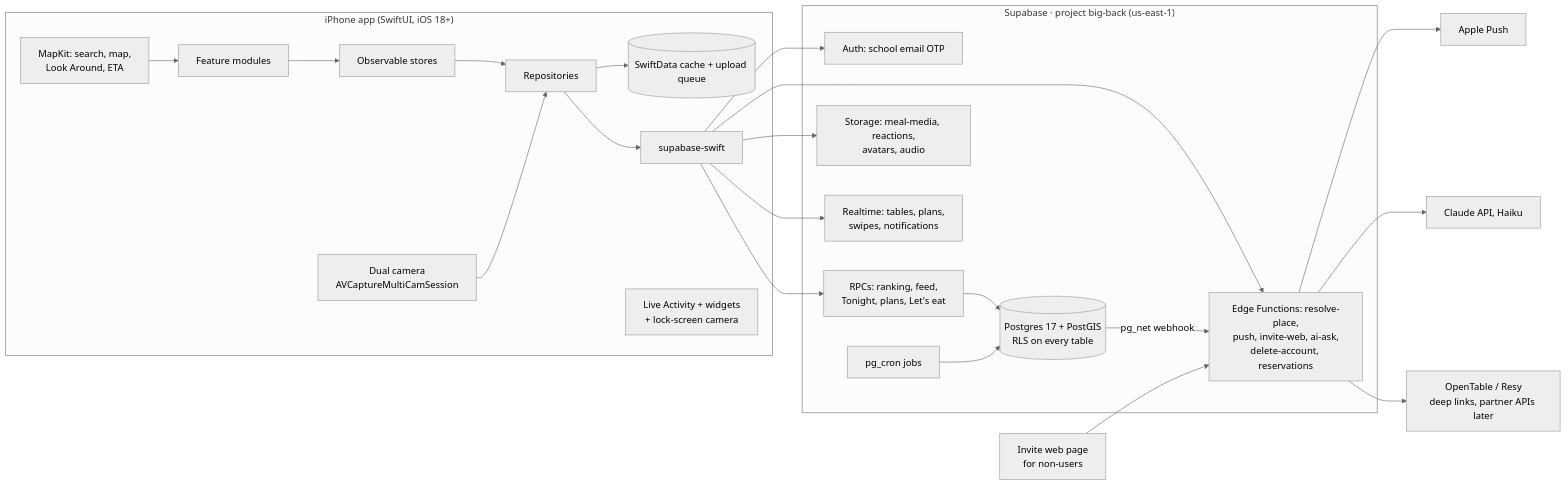
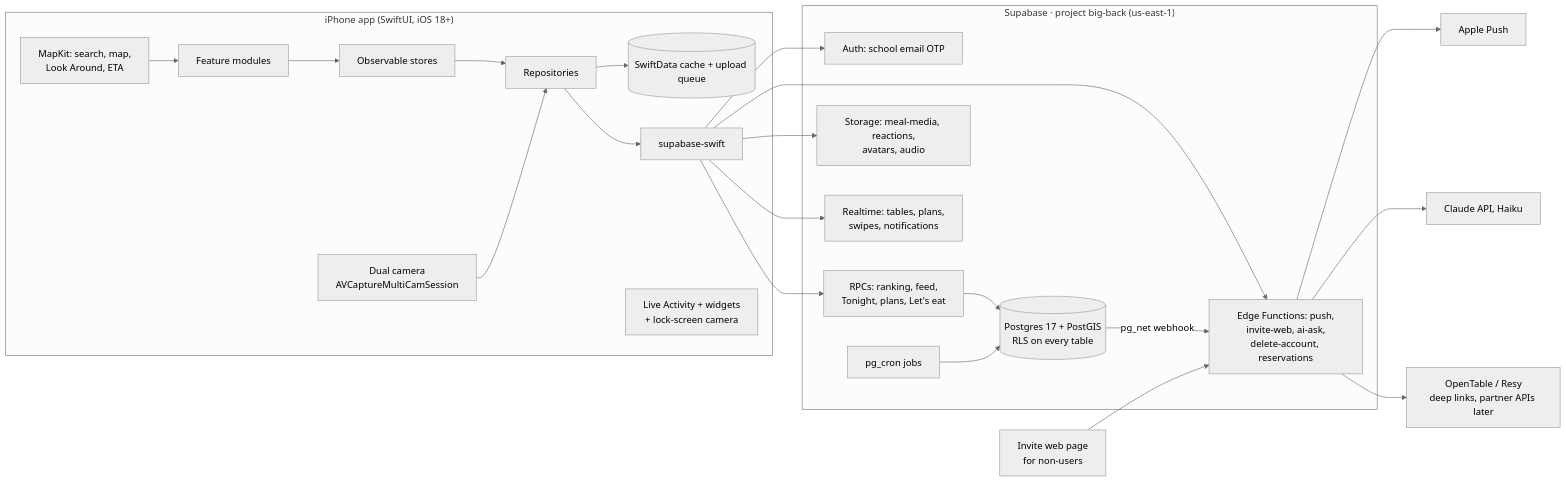
The diagram in docs/architecture/01-technical-architecture.md (shvhmeer786/BigBack), drawn with Mermaid (neutral theme) before and after one commit. The commit also changed other lines of this file and 2 other files, not shown here.

First line of the commit message:
Add resolve_place RPC migration and database design doc

````diff
--- a/docs/architecture/01-technical-architecture.md
+++ b/docs/architecture/01-technical-architecture.md
@@ -15,31 +15,31 @@
 ```mermaid
 flowchart LR
   subgraph Phone["iPhone app (SwiftUI, iOS 18+)"]
     UI[Feature modules] --> Stores[Observable stores]
     Stores --> Repos[Repositories]
     Repos --> Cache[(SwiftData cache + upload queue)]
     Repos --> SB[supabase-swift]
     Cam[Dual camera<br/>AVCaptureMultiCamSession] --> Repos
     MK[MapKit: search, map,<br/>Look Around, ETA] --> UI
     LA[Live Activity + widgets<br/>+ lock-screen camera]
   end
 
   subgraph Supabase["Supabase · project big-back (us-east-1)"]
     Auth[Auth: school email OTP]
     PG[(Postgres 17 + PostGIS<br/>RLS on every table)]
     RPC[RPCs: ranking, feed,<br/>Tonight, plans, Let's eat]
     ST[Storage: meal-media, reactions,<br/>avatars, audio]
     RT[Realtime: tables, plans,<br/>swipes, notifications]
-    EF[Edge Functions: resolve-place,<br/>push, invite-web, ai-ask,<br/>delete-account, reservations]
+    EF[Edge Functions: push,<br/>invite-web, ai-ask,<br/>delete-account, reservations]
     CRON[pg_cron jobs]
   end
 
   SB --> Auth & RPC & ST & RT & EF
   RPC --> PG
   CRON --> PG
   PG -- pg_net webhook --> EF
   EF --> APNs[Apple Push]
   EF --> Claude[Claude API, Haiku]
   EF --> OT[OpenTable / Resy<br/>deep links, partner APIs later]
   Web[Invite web page<br/>for non-users] --> EF
 ```
````
